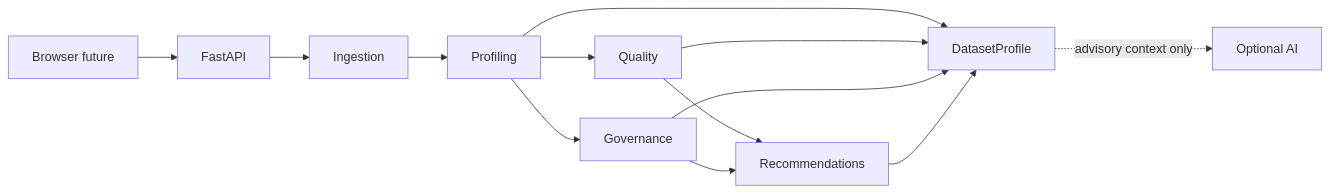
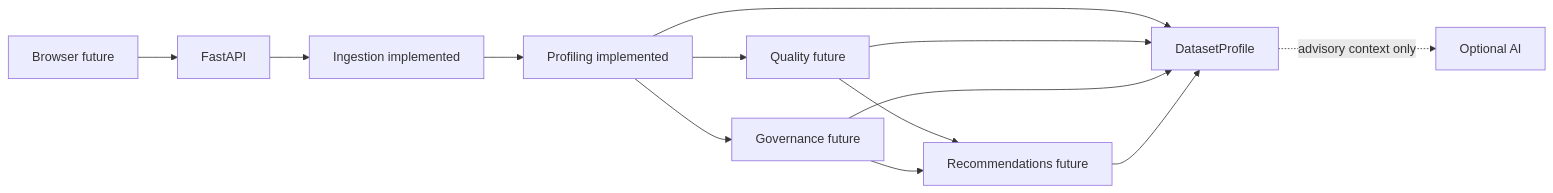
The diagram in docs/ARCHITECTURE.md (David-Simon-Soler/Data-Gobernance-Copilot), drawn with Mermaid before and after one commit. The commit also changed other lines of this file and 11 other files, not shown here.

````diff
--- a/docs/ARCHITECTURE.md
+++ b/docs/ARCHITECTURE.md
@@ -7,15 +7,15 @@
 ```mermaid
 flowchart LR
   B[Browser future] --> A[FastAPI]
-  A --> I[Ingestion]
-  I --> P[Profiling]
-  P --> Q[Quality]
-  P --> G[Governance]
-  Q --> R[Recommendations]
+  A --> I[Ingestion implemented]
+  I --> P[Profiling implemented]
+  P --> Q[Quality future]
+  P --> G[Governance future]
+  Q --> R[Recommendations future]
   G --> R
   P --> D[DatasetProfile]
   Q --> D
   G --> D
   R --> D
   D -. advisory context only .-> L[Optional AI]
 ```
````
